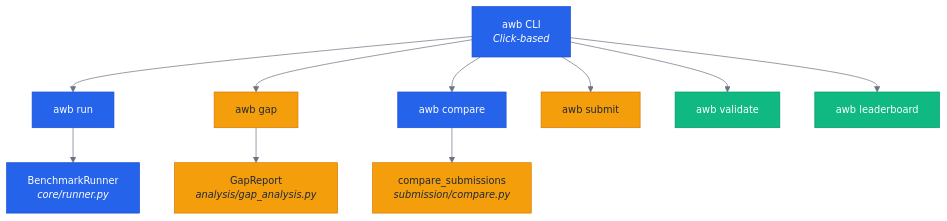
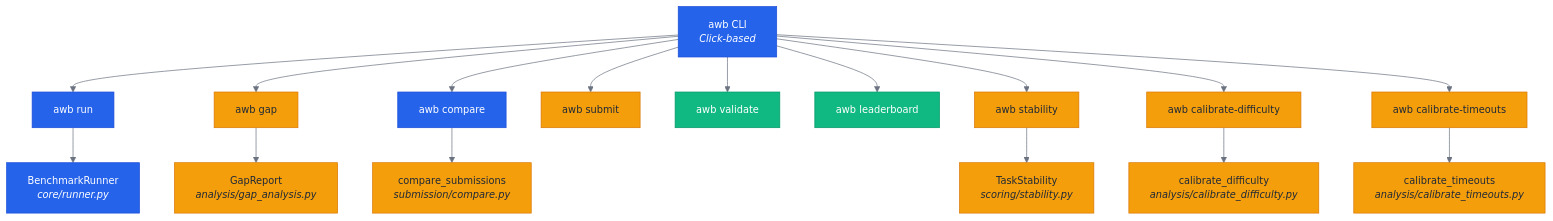
The first of 8 diagrams in ARCHITECTURE.md (xmpuspus/ai-workflow-benchmark), drawn with Mermaid before and after one commit. The commit also changed other lines of this file and 93 other files, not shown here.

````diff
--- a/ARCHITECTURE.md
+++ b/ARCHITECTURE.md
@@ -7,20 +7,26 @@
 ```mermaid
 %%{init: {'theme': 'base', 'themeVariables': {'primaryColor': '#2563eb', 'primaryTextColor': '#ffffff', 'primaryBorderColor': '#1d4ed8', 'secondaryColor': '#f59e0b', 'secondaryTextColor': '#1f2937', 'tertiaryColor': '#10b981', 'tertiaryTextColor': '#ffffff', 'lineColor': '#6b7280', 'fontSize': '14px'}}}%%
 graph TB
     CLI["awb CLI<br/><i>Click-based</i>"]:::primary
 
     CLI --> Run["awb run"]:::primary
     CLI --> Gap["awb gap"]:::secondary
     CLI --> Compare["awb compare"]:::primary
     CLI --> Submit["awb submit"]:::secondary
     CLI --> Validate["awb validate"]:::tertiary
     CLI --> Leaderboard["awb leaderboard"]:::tertiary
+    CLI --> Stability["awb stability"]:::secondary
+    CLI --> CalDiff["awb calibrate-difficulty"]:::secondary
+    CLI --> CalTime["awb calibrate-timeouts"]:::secondary
 
     Run --> Runner["BenchmarkRunner<br/><i>core/runner.py</i>"]:::primary
     Gap --> GapEngine["GapReport<br/><i>analysis/gap_analysis.py</i>"]:::secondary
     Compare --> CompareEngine["compare_submissions<br/><i>submission/compare.py</i>"]:::secondary
+    Stability --> StabilityEngine["TaskStability<br/><i>scoring/stability.py</i>"]:::secondary
+    CalDiff --> CalDiffEngine["calibrate_difficulty<br/><i>analysis/calibrate_difficulty.py</i>"]:::secondary
+    CalTime --> CalTimeEngine["calibrate_timeouts<br/><i>analysis/calibrate_timeouts.py</i>"]:::secondary
 
     classDef primary fill:#2563eb,stroke:#1d4ed8,color:#fff
     classDef secondary fill:#f59e0b,stroke:#d97706,color:#1f2937
     classDef tertiary fill:#10b981,stroke:#059669,color:#fff
 ```
````
